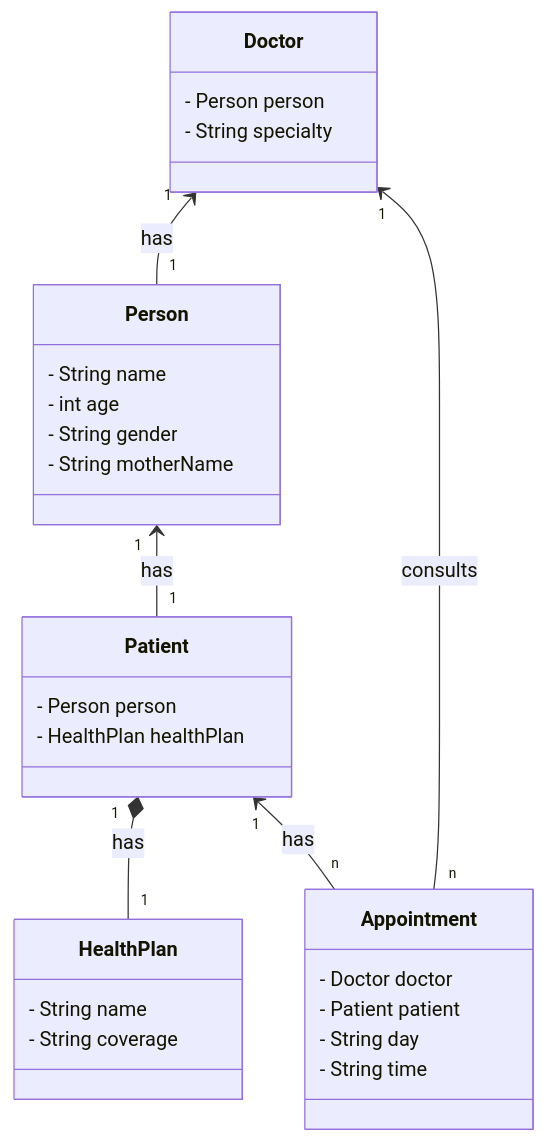
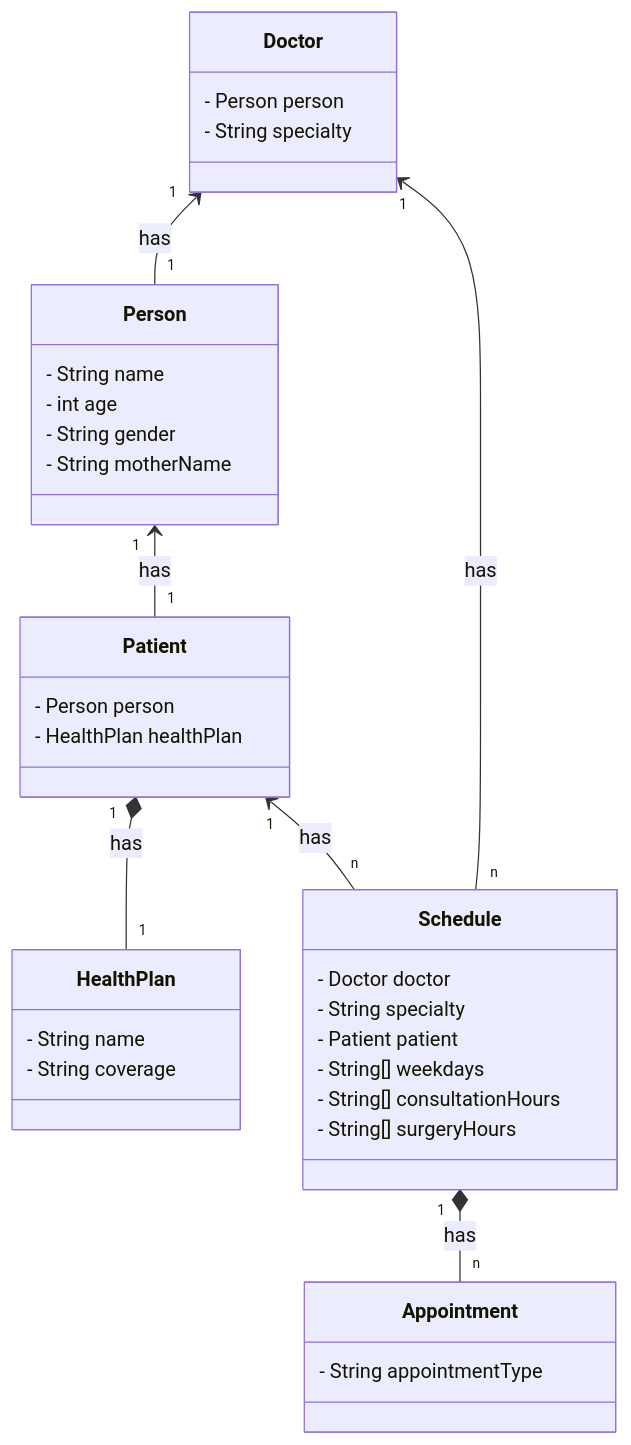
Before and after one commit to PedroCaput/clinica-medica: the diagram in README.md, drawn with Mermaid.

Commit message:
Update README.md with new Class diagram

````diff
--- a/README.md
+++ b/README.md
@@ -5,38 +5,44 @@
 ```mermaid
 classDiagram
     class Person {
         - String name
         - int age
         - String gender
         - String motherName
     }
     
     class Patient {
         - Person person
         - HealthPlan healthPlan
     }
     
     class HealthPlan {
         - String name
         - String coverage
     }
     
     class Doctor {
         - Person person
         - String specialty
     }
     
     class Appointment {
+        - String appointmentType
+    }
+    
+    class Schedule {
         - Doctor doctor
+        - String specialty
         - Patient patient
-        - String day
-        - String time
+        - String[] weekdays
+        - String[] consultationHours
+        - String[] surgeryHours
     }
     
     Person "1" <-- "1" Patient : has
     Patient "1" *-- "1" HealthPlan : has
     Doctor "1" <-- "1" Person : has
-    Doctor "1" <-- "n" Appointment : consults
-    Patient "1" <-- "n" Appointment : has
-
+    Doctor "1" <-- "n" Schedule : has
+    Patient "1" <-- "n" Schedule : has
+    Schedule "1" *-- "n" Appointment : has
 ```
````
